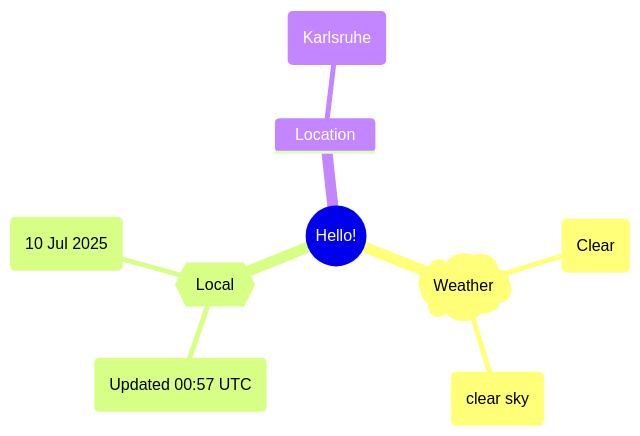
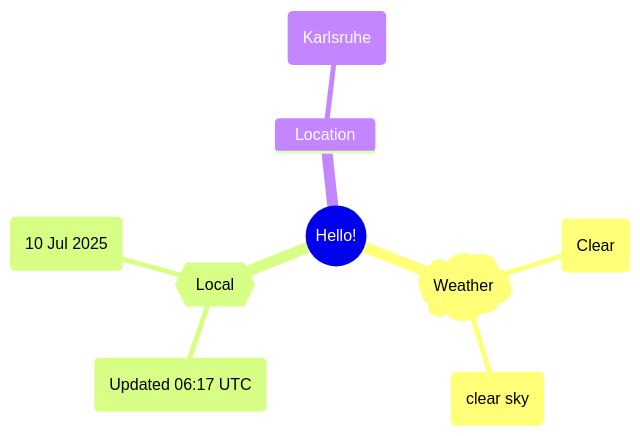
The first of 2 diagrams in README.md (Xosrov/Xosrov), drawn with Mermaid before and after one commit.

Commit message:
[bot] updated images

````diff
--- a/README.md
+++ b/README.md
@@ -3,12 +3,12 @@
 ```mermaid
 mindmap
   root((Hello!))
     )Weather(
         (Clear)
         (clear sky)
     {{Local}}
-        (Updated 00:57 UTC)
+        (Updated 06:17 UTC)
         (10 Jul 2025)
     Location
         (Karlsruhe)
 ```
````
